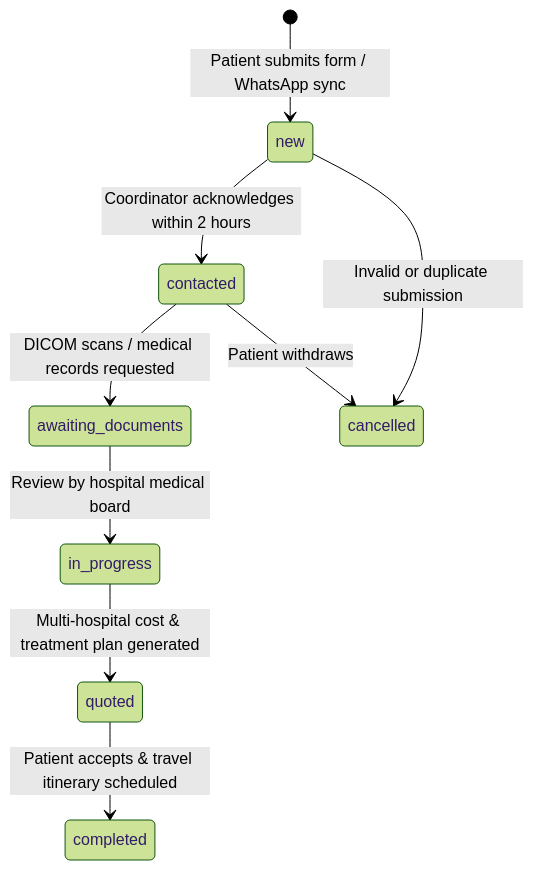
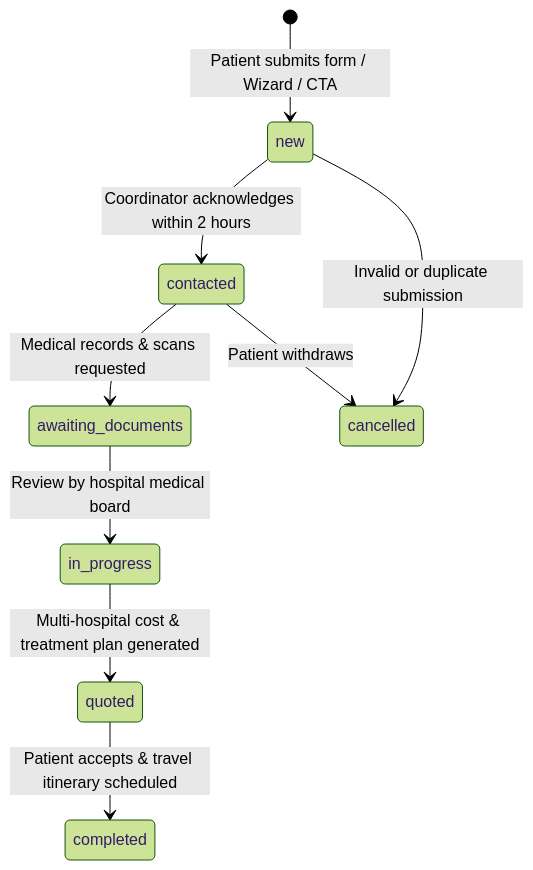
Before and after one commit to nivekneved/medical360: the diagram in RUNBOOK.md, drawn with Mermaid (forest theme). The commit also changed other lines of this file and 20 other files, not shown here.

````diff
--- a/RUNBOOK.md
+++ b/RUNBOOK.md
@@ -63,11 +64,11 @@
 ```mermaid
 stateDiagram-v2
-    [*] --> new: Patient submits form / WhatsApp sync
+    [*] --> new: Patient submits form / Wizard / CTA
     new --> contacted: Coordinator acknowledges within 2 hours
-    contacted --> awaiting_documents: DICOM scans / medical records requested
+    contacted --> awaiting_documents: Medical records & scans requested
     awaiting_documents --> in_progress: Review by hospital medical board
     in_progress --> quoted: Multi-hospital cost & treatment plan generated
     quoted --> completed: Patient accepts & travel itinerary scheduled
     new --> cancelled: Invalid or duplicate submission
     contacted --> cancelled: Patient withdraws
 ```
````
